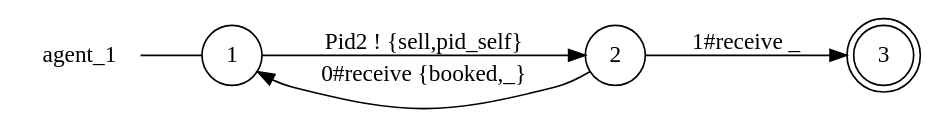
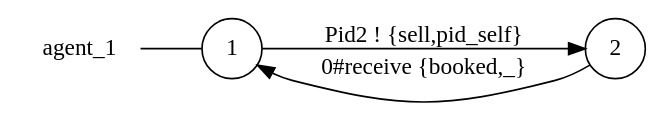
The diagram in examples/airline/agent_1_local_view.dot (gabrielegenovese/chorer), drawn with Graphviz before and after one commit. The commit also changed 67 other files, not shown here.

```diff
--- a/examples/airline/agent_1_local_view.dot
+++ b/examples/airline/agent_1_local_view.dot
@@ -1,12 +1,10 @@
 digraph agent_1 {
 	rankdir="LR";
 	n_0 [label="agent_1", shape="plaintext"];
 	n_1 [id="1", shape=circle, label="1"];
 	n_0 -> n_1 [arrowhead=none];
-	n_2 [id="3", shape=doublecircle, label="3"];
-	n_3 [id="2", shape=circle, label="2"];
+	n_2 [id="2", shape=circle, label="2"];
 
-	n_1 -> n_3 [id="[$e|3]", label="Pid2 ! {sell,pid_self}"];
-	n_3 -> n_2 [id="[$e|0]", label="1#receive _"];
-	n_3 -> n_1 [id="[$e|4]", label="0#receive {booked,_}"];
+	n_1 -> n_2 [id="[$e|2]", label="Pid2 ! {sell,pid_self}"];
+	n_2 -> n_1 [id="[$e|3]", label="0#receive {booked,_}"];
 }
```
